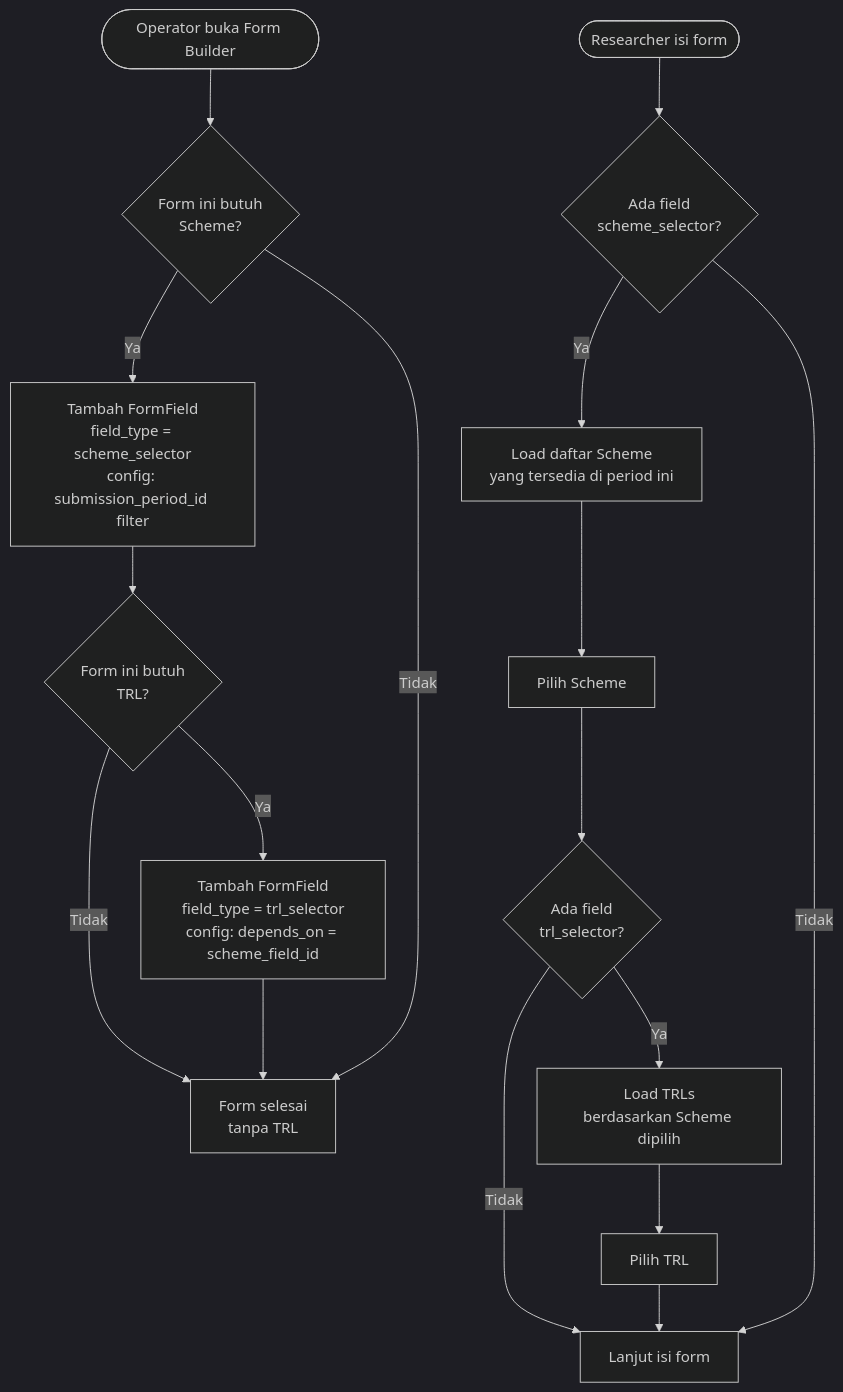
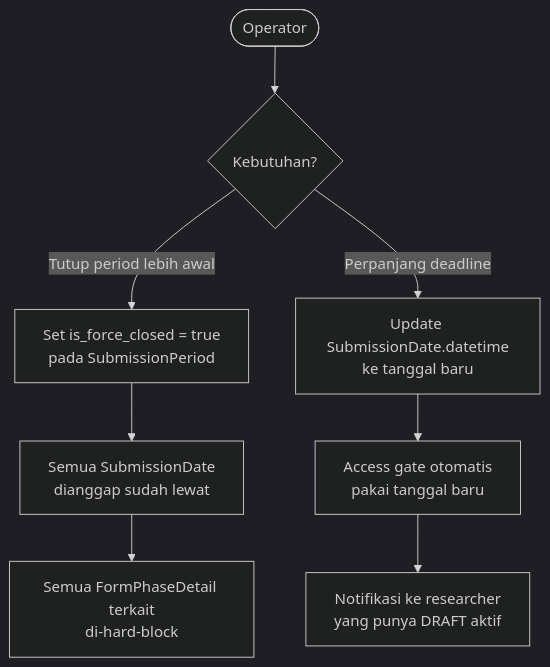
The second of 3 diagrams in docs/requirement-analysis/ddd/supporting/04_scheme.md (nas11ai/sim-kerjasama-itk), drawn with Mermaid (dark theme) before and after one commit. The commit also changed other lines of this file and 12 other files, not shown here.

````diff
--- a/docs/requirement-analysis/ddd/supporting/04_scheme.md
+++ b/docs/requirement-analysis/ddd/supporting/04_scheme.md
@@ -37,20 +37,12 @@
 ```mermaid
 flowchart TD
-    OPERATOR([Operator buka Form Builder]) --> A{Form ini butuh<br/>Scheme?}
-    A -->|Ya| B[Tambah FormField<br/>field_type = scheme_selector<br/>config: submission_period_id filter]
-    B --> C{Form ini butuh<br/>TRL?}
-    C -->|Ya| D[Tambah FormField<br/>field_type = trl_selector<br/>config: depends_on = scheme_field_id]
-    C -->|Tidak| E[Form selesai<br/>tanpa TRL]
-    D --> E
-    A -->|Tidak| E
+    OPR([Operator]) --> A{Kebutuhan?}
 
-    RESEARCHER([Researcher isi form]) --> F{Ada field<br/>scheme_selector?}
-    F -->|Ya| G[Load daftar Scheme<br/>yang tersedia di period ini]
-    G --> H[Pilih Scheme]
-    H --> I{Ada field<br/>trl_selector?}
-    I -->|Ya| J[Load TRLs<br/>berdasarkan Scheme dipilih]
-    J --> K[Pilih TRL]
-    I -->|Tidak| L[Lanjut isi form]
-    K --> L
-    F -->|Tidak| L
+    A -->|Tutup period lebih awal| B[Set is_force_closed = true<br/>pada SubmissionPeriod]
+    B --> C[Semua SubmissionDate<br/>dianggap sudah lewat]
+    C --> D[Semua FormPhaseDetail terkait<br/>di-hard-block]
+
+    A -->|Perpanjang deadline| E[Update SubmissionDate.datetime<br/>ke tanggal baru]
+    E --> F[Access gate otomatis<br/>pakai tanggal baru]
+    F --> G[Notifikasi ke researcher<br/>yang punya DRAFT aktif]
 ```
````
